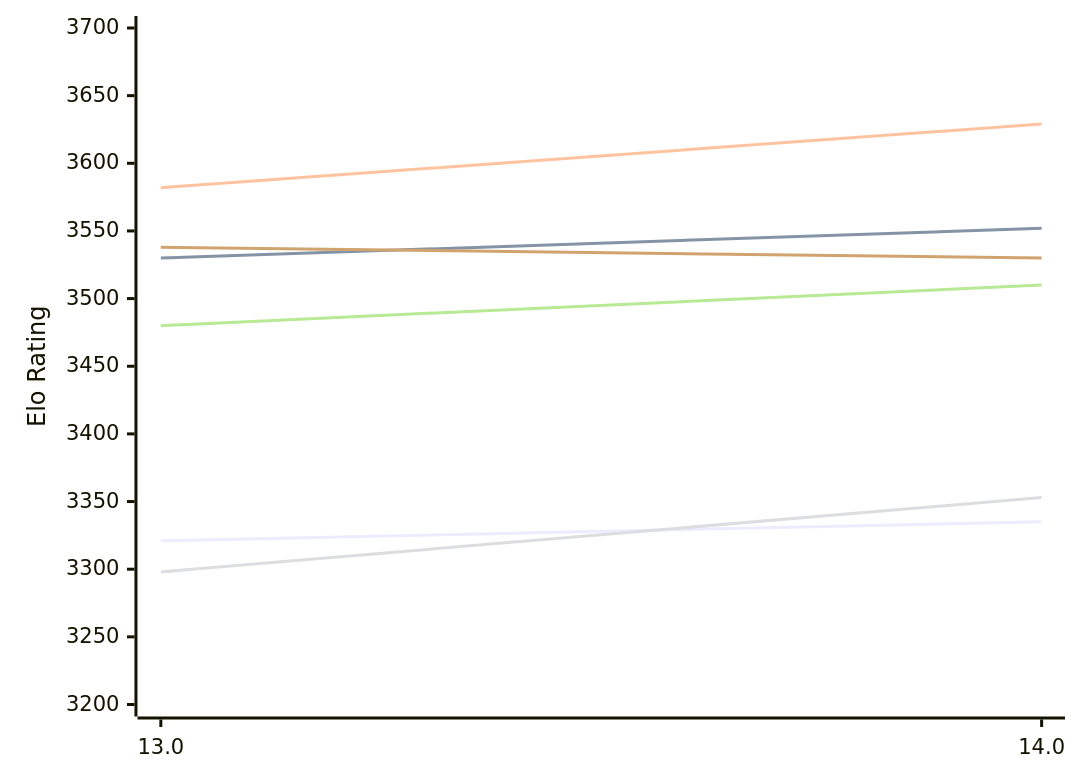
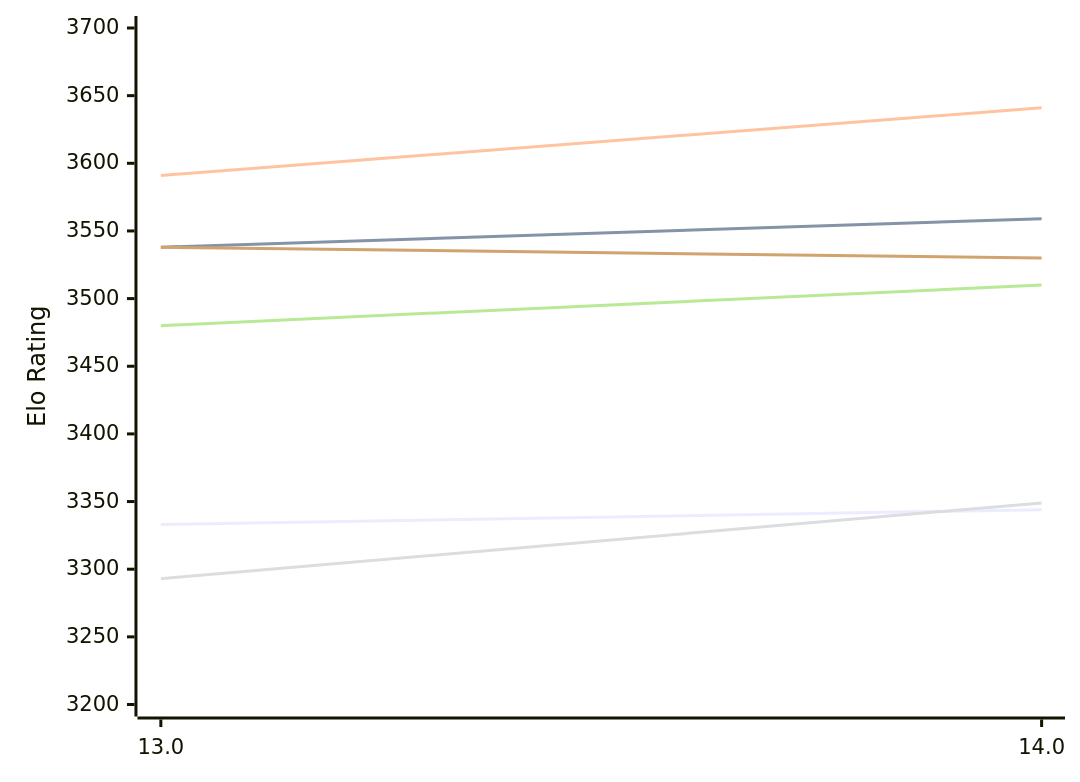
One commit to computer-chess-index/cci changed the first of 2 diagrams in engines/Tcheran.md. Above: the diagram before and after it, drawn with Mermaid. The commit also changed other lines of this file, not shown here.

Commit message:
Update CCI Ratings (ELO VLTC) - 2026-11-16

````diff
--- a/engines/Tcheran.md
+++ b/engines/Tcheran.md
@@ -55,12 +55,12 @@
 ```mermaid
 %%{init: {"theme":"base","themeVariables":{"seriesColors:['#a3a3a3','#222221','#faa371']}}}%%
 xychart-beta
   x-axis ["13.0", "14.0"]
   y-axis "Elo Rating" 3200 --> 3700
-  line "E1: STC (8.0+0.08s)" [3321, 3335]
-  line "E1: LTC (60.0+0.60s)" [3530, 3552]
-  line "E1: VLTC (2m24s+1.12s)" [3582, 3629]
-  line "P1: STC (8.0+0.08s)" [3298, 3353]
+  line "E1: STC (8.0+0.08s)" [3333, 3344]
+  line "E1: LTC (60.0+0.60s)" [3538, 3559]
+  line "E1: VLTC (2m24s+1.12s)" [3591, 3641]
+  line "P1: STC (8.0+0.08s)" [3293, 3349]
   line "P1: LTC (60.0+0.60s)" [3480, 3510]
   line "P1: VLTC (2m24s+1.12s)" [3538, 3530]
 ```
````
